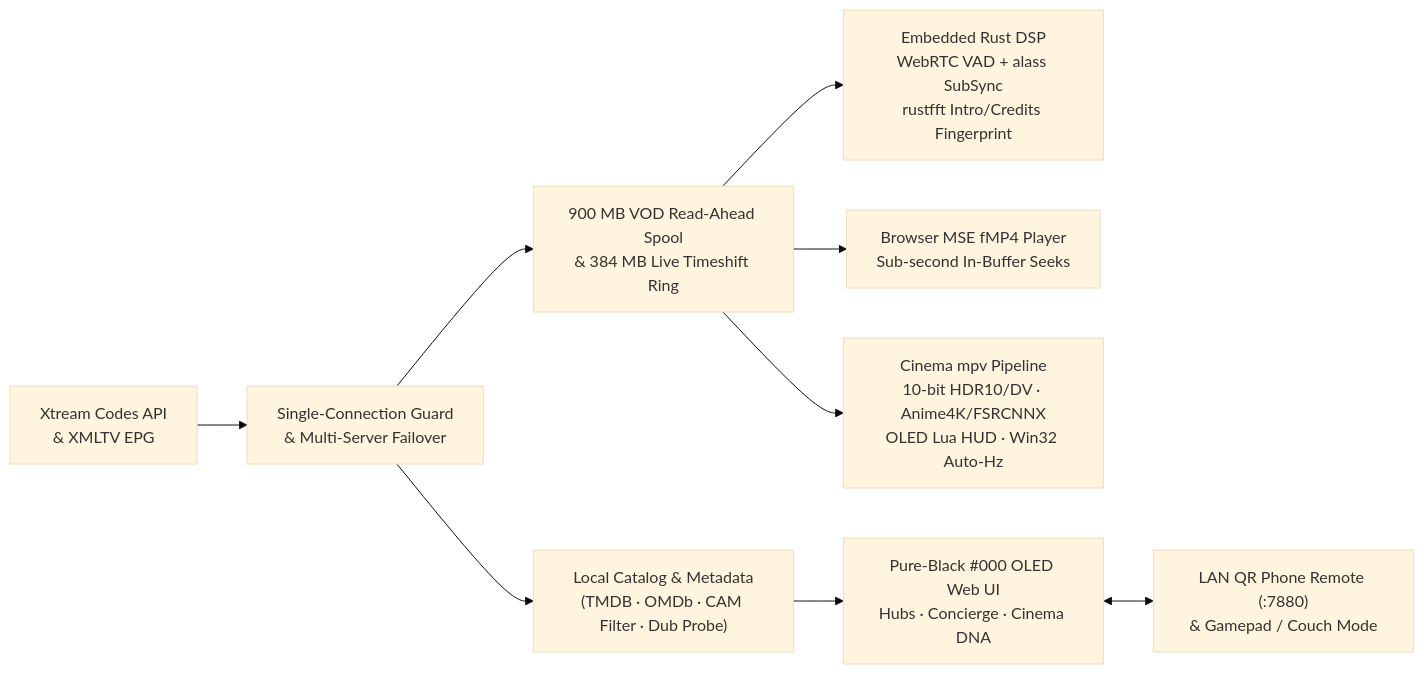
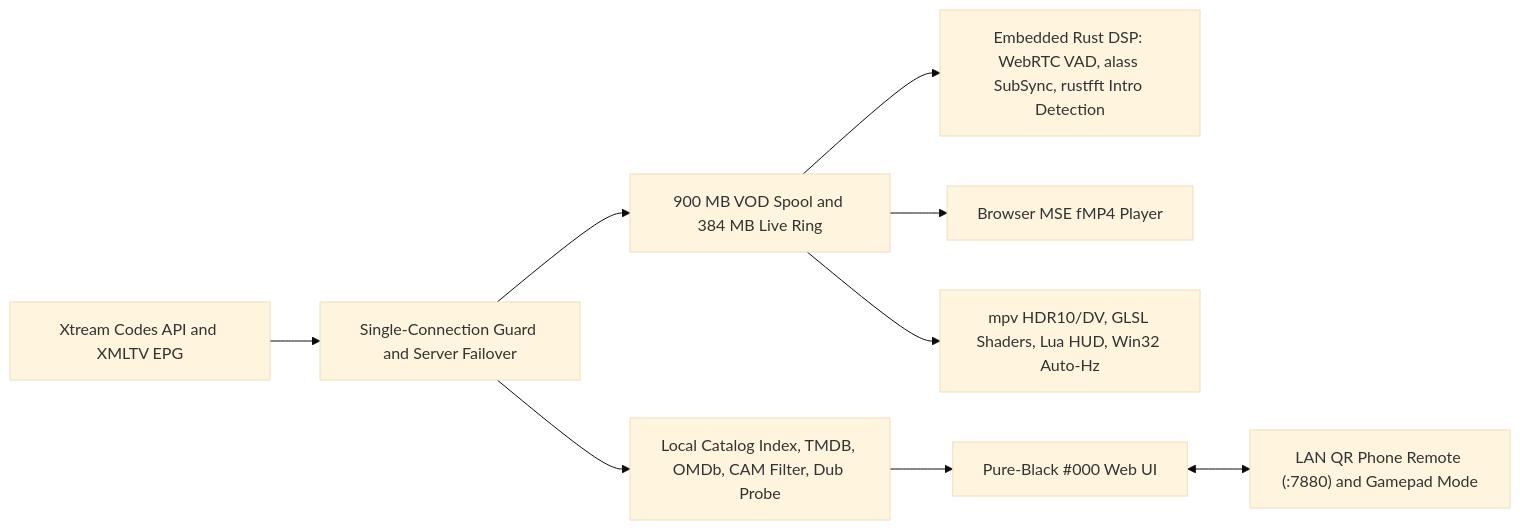
The diagram in README.md (TPZZ759/phosphor), drawn with Mermaid (base theme) before and after one commit. The commit also changed other lines of this file, not shown here.

````diff
--- a/README.md
+++ b/README.md
@@ -115,13 +112,13 @@
 ```mermaid
 flowchart LR
-    XC["Xtream Codes API\n& XMLTV EPG"] --> GUARD["Single-Connection Guard\n& Multi-Server Failover"]
-    GUARD --> SPOOL["900 MB VOD Read-Ahead Spool\n& 384 MB Live Timeshift Ring"]
-    GUARD --> CAT["Local Catalog & Metadata\n(TMDB · OMDb · CAM Filter · Dub Probe)"]
+    XC["Xtream Codes API and XMLTV EPG"] --> GUARD["Single-Connection Guard and Server Failover"]
+    GUARD --> SPOOL["900 MB VOD Spool and 384 MB Live Ring"]
+    GUARD --> CAT["Local Catalog Index, TMDB, OMDb, CAM Filter, Dub Probe"]
 
-    SPOOL --> SUBS["Embedded Rust DSP\nWebRTC VAD + alass SubSync\nrustfft Intro/Credits Fingerprint"]
-    SPOOL --> WEB["Browser MSE fMP4 Player\nSub-second In-Buffer Seeks"]
-    SPOOL --> MPV["Cinema mpv Pipeline\n10-bit HDR10/DV · Anime4K/FSRCNNX\nOLED Lua HUD · Win32 Auto-Hz"]
+    SPOOL --> DSP["Embedded Rust DSP: WebRTC VAD, alass SubSync, rustfft Intro Detection"]
+    SPOOL --> WEB["Browser MSE fMP4 Player"]
+    SPOOL --> MPV["mpv HDR10/DV, GLSL Shaders, Lua HUD, Win32 Auto-Hz"]
 
-    CAT --> UI["Pure-Black #000 OLED Web UI\nHubs · Concierge · Cinema DNA"]
-    UI <--> REMOTE["LAN QR Phone Remote (:7880)\n& Gamepad / Couch Mode"]
+    CAT --> UI["Pure-Black #000 Web UI"]
+    UI <--> REMOTE["LAN QR Phone Remote (:7880) and Gamepad Mode"]
 ```
````
